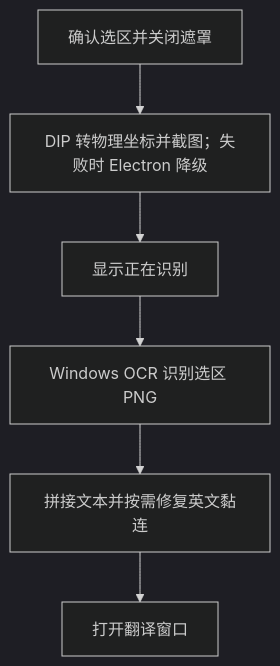
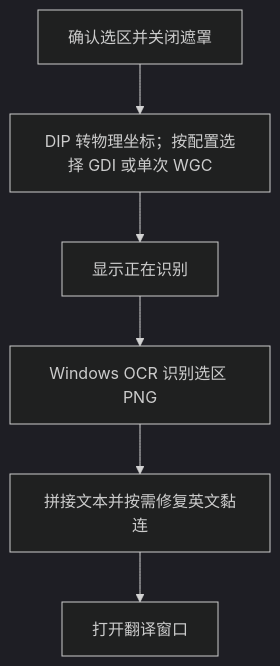
One commit to manxingxing/Dictol changed the seventh of 7 diagrams in docs/hover-and-screenshot-translation-flows.md. Above: the diagram before and after it, drawn with Mermaid (dark theme). The commit also changed other lines of this file and 54 other files, not shown here.

````diff
--- a/docs/hover-and-screenshot-translation-flows.md
+++ b/docs/hover-and-screenshot-translation-flows.md
@@ -100,8 +105,8 @@
 ```mermaid
 flowchart TD
-    A[确认选区并关闭遮罩] --> B[DIP 转物理坐标并截图；失败时 Electron 降级]
+    A[确认选区并关闭遮罩] --> B[DIP 转物理坐标；按配置选择 GDI 或单次 WGC]
     B --> C[显示正在识别]
     C --> D[Windows OCR 识别选区 PNG]
     D --> E[拼接文本并按需修复英文黏连]
     E --> F[打开翻译窗口]
 ```
````
